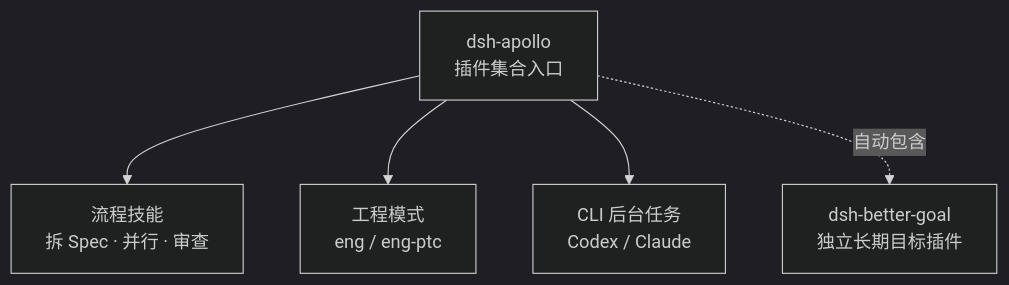
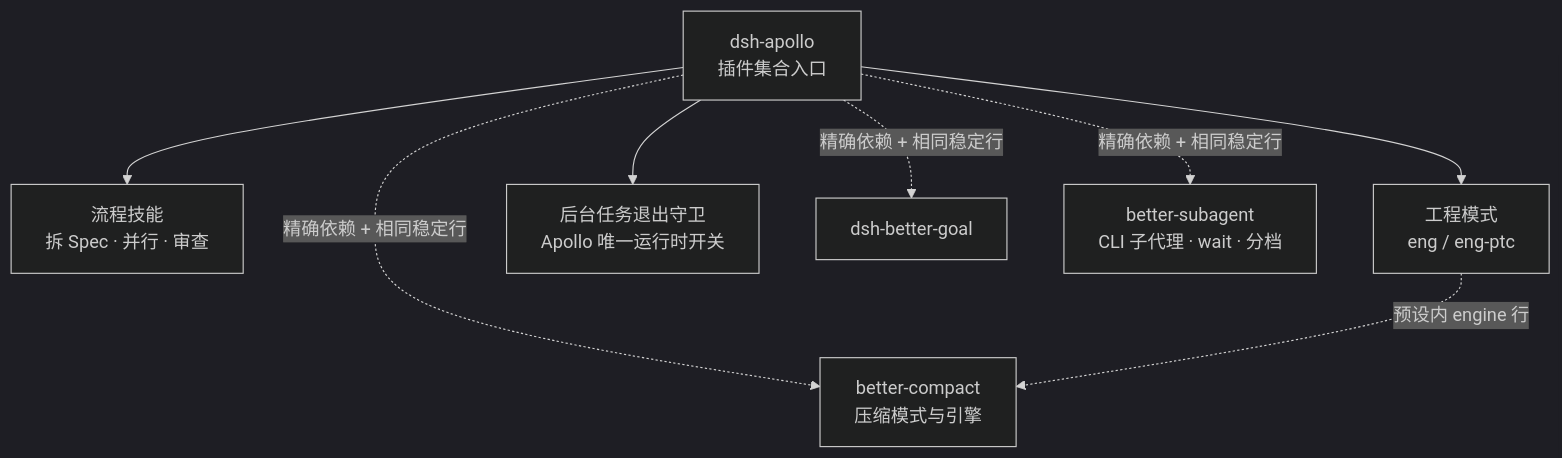
One commit to Menghuan1918/dsh-apollo changed the first of 2 diagrams in README.md. Above: the diagram before and after it, drawn with Mermaid (dark theme). The commit also changed other lines of this file and 2 other files, not shown here.

````diff
--- a/README.md
+++ b/README.md
@@ -31,8 +35,11 @@
 ```mermaid
 flowchart TB
     A["dsh-apollo<br/>插件集合入口"]
     A --> S["流程技能<br/>拆 Spec · 并行 · 审查"]
     A --> E["工程模式<br/>eng / eng-ptc"]
-    A --> C["CLI 后台任务<br/>Codex / Claude"]
-    A -. 自动包含 .-> G["dsh-better-goal<br/>独立长期目标插件"]
+    A --> J["后台任务退出守卫<br/>Apollo 唯一运行时开关"]
+    A -. 精确依赖 + 相同稳定行 .-> G["dsh-better-goal"]
+    A -. 精确依赖 + 相同稳定行 .-> SA["better-subagent<br/>CLI 子代理 · wait · 分档"]
+    A -. 精确依赖 + 相同稳定行 .-> C["better-compact<br/>压缩模式与引擎"]
+    E -. 预设内 engine 行 .-> C
 ```
````
